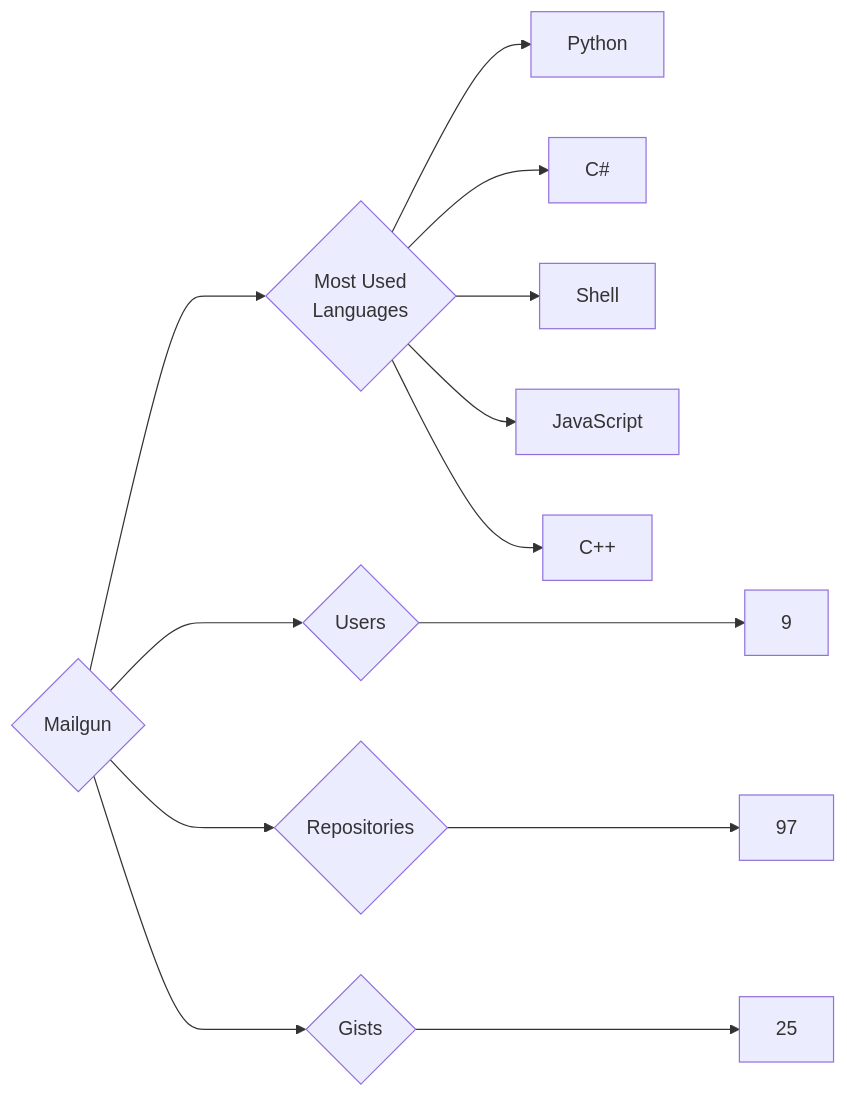
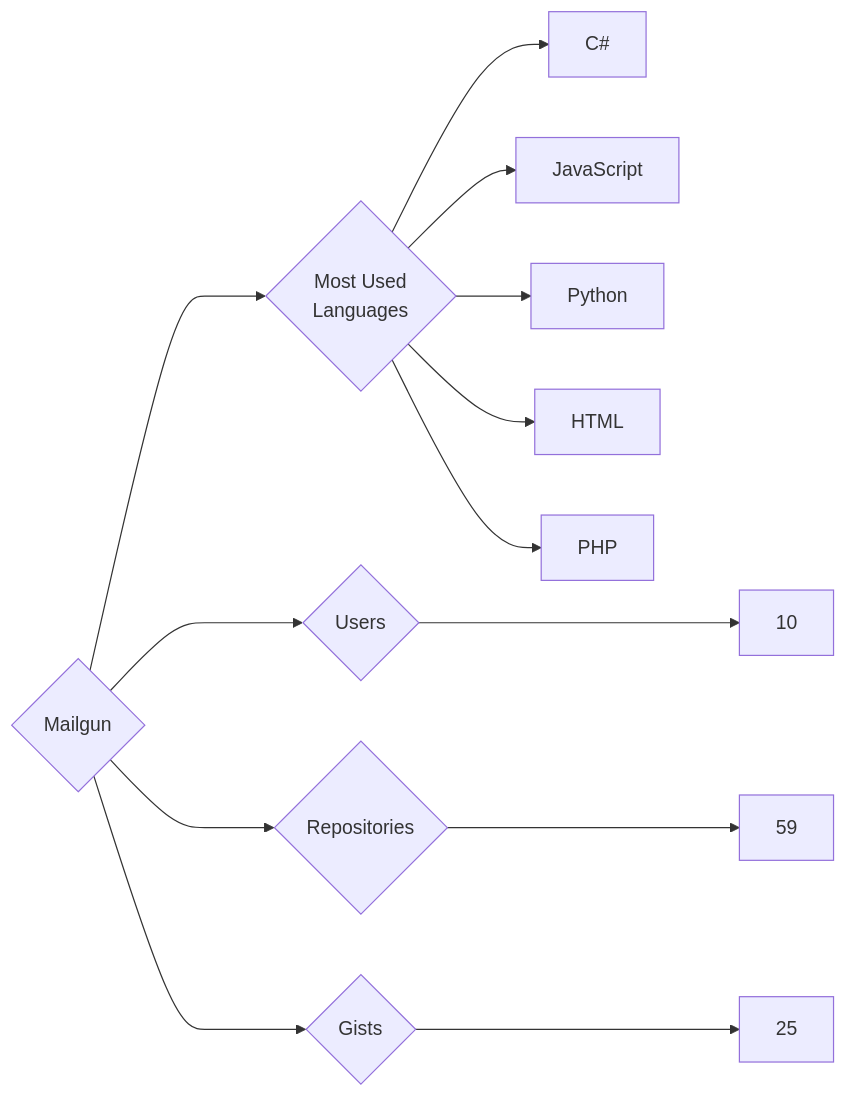
Before and after one commit to trickest/insiders: the diagram in targets/Mailgun/README.md, drawn with Mermaid. The commit also changed 720 other files, not shown here.

````diff
--- a/targets/Mailgun/README.md
+++ b/targets/Mailgun/README.md
@@ -3,13 +3,13 @@
 ```mermaid
 graph LR
 COMPANY_NAME{Mailgun}
-COMPANY_NAME ---> U{Users} ---> UN[9]
-COMPANY_NAME ---> R{Repositories} ---> RN[97]
+COMPANY_NAME ---> U{Users} ---> UN[10]
+COMPANY_NAME ---> R{Repositories} ---> RN[59]
 COMPANY_NAME ---> G{Gists} ---> GN[25]
 COMPANY_NAME ---> ML{Most Used<br>Languages}
+ML --> C#[C#]
+ML --> JavaScript[JavaScript]
 ML --> Python[Python]
-ML --> C#[C#]
-ML --> Shell[Shell]
-ML --> JavaScript[JavaScript]
-ML --> C++[C++]
+ML --> HTML[HTML]
+ML --> PHP[PHP]
 ```
````
